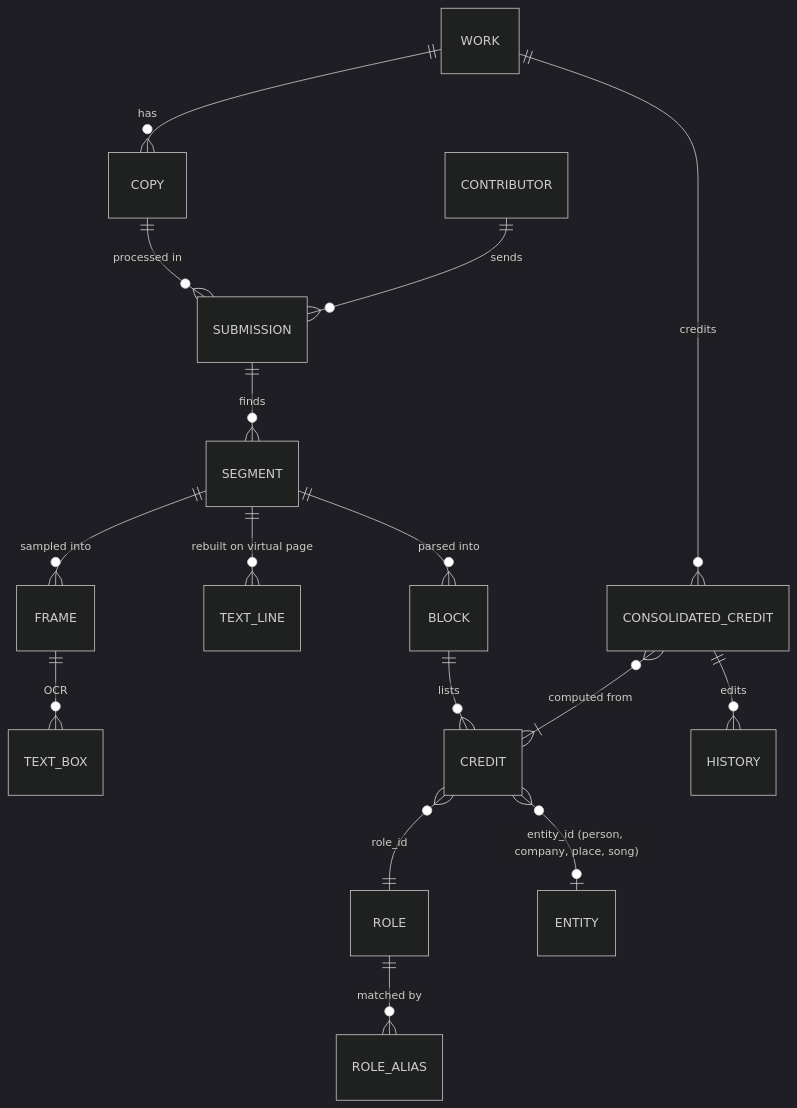
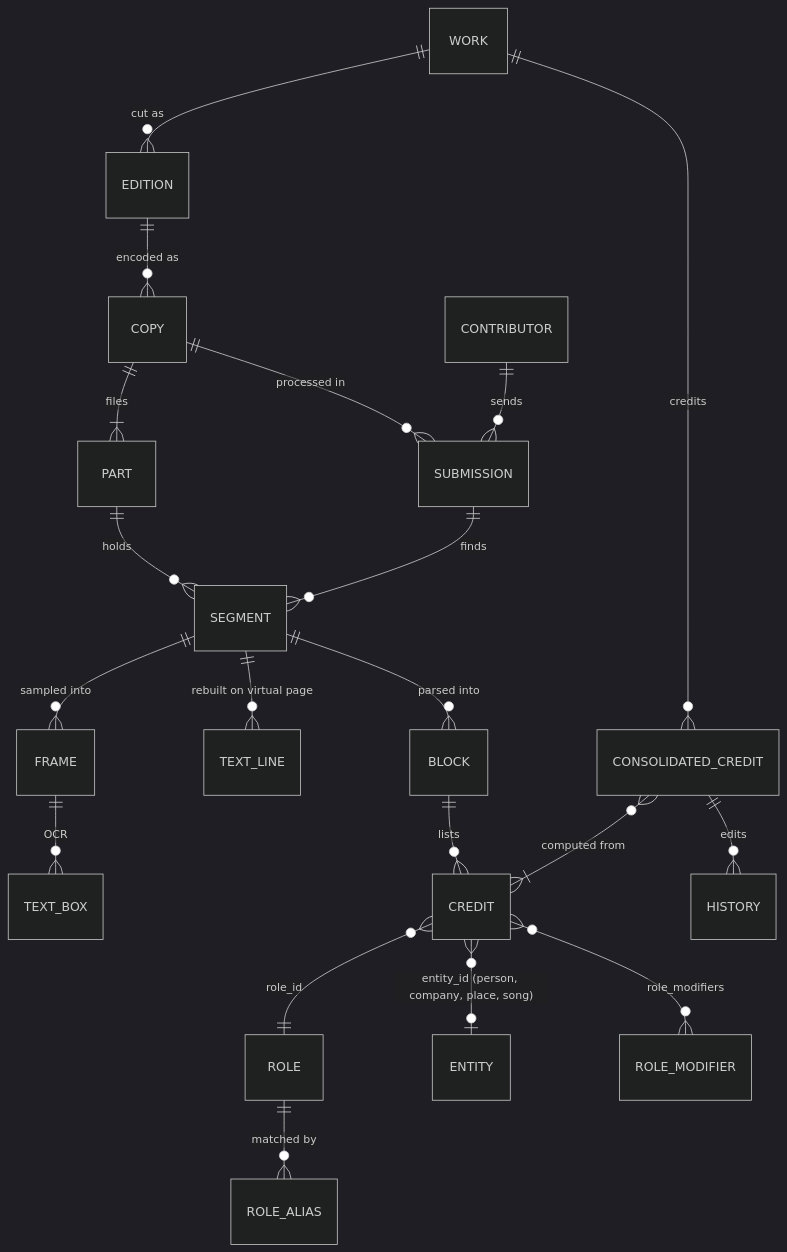
Before and after one commit to vaugouin/open-credits: the diagram in doc/data-model.md, drawn with Mermaid (dark theme). The commit also changed other lines of this file, not shown here.

First line of the commit message:
Data model draft 3: edition, copy and part levels (multi-part files, cuts grouped by evidence, hash identifies the file not the cut), review views as static HTML for every layer, composed roles (base ROLE plus ROLE_MODIFIER, ROLE_ALIAS as the large table)

````diff
--- a/doc/data-model.md
+++ b/doc/data-model.md
@@ -252,18 +302,22 @@
 ```mermaid
 erDiagram
-    WORK ||--o{ COPY : "has"
+    WORK ||--o{ EDITION : "cut as"
+    EDITION ||--o{ COPY : "encoded as"
+    COPY ||--|{ PART : "files"
     COPY ||--o{ SUBMISSION : "processed in"
     CONTRIBUTOR ||--o{ SUBMISSION : "sends"
     SUBMISSION ||--o{ SEGMENT : "finds"
+    PART ||--o{ SEGMENT : "holds"
     SEGMENT ||--o{ FRAME : "sampled into"
     FRAME ||--o{ TEXT_BOX : "OCR"
     SEGMENT ||--o{ TEXT_LINE : "rebuilt on virtual page"
     SEGMENT ||--o{ BLOCK : "parsed into"
     BLOCK ||--o{ CREDIT : "lists"
     CREDIT }o--|| ROLE : "role_id"
     CREDIT }o--o| ENTITY : "entity_id (person, company, place, song)"
     ROLE ||--o{ ROLE_ALIAS : "matched by"
+    CREDIT }o--o{ ROLE_MODIFIER : "role_modifiers"
     WORK ||--o{ CONSOLIDATED_CREDIT : "credits"
     CONSOLIDATED_CREDIT }o--|{ CREDIT : "computed from"
     CONSOLIDATED_CREDIT ||--o{ HISTORY : "edits"
 ```
````
